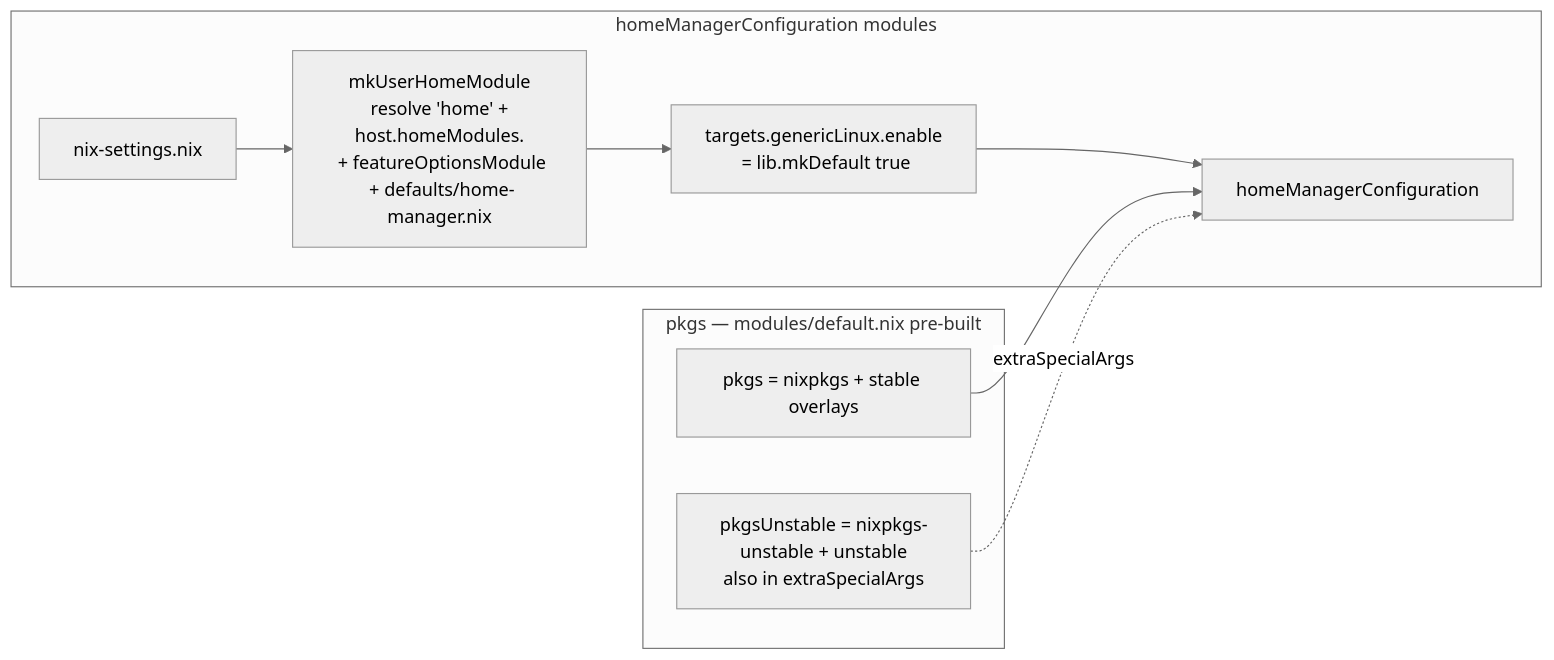
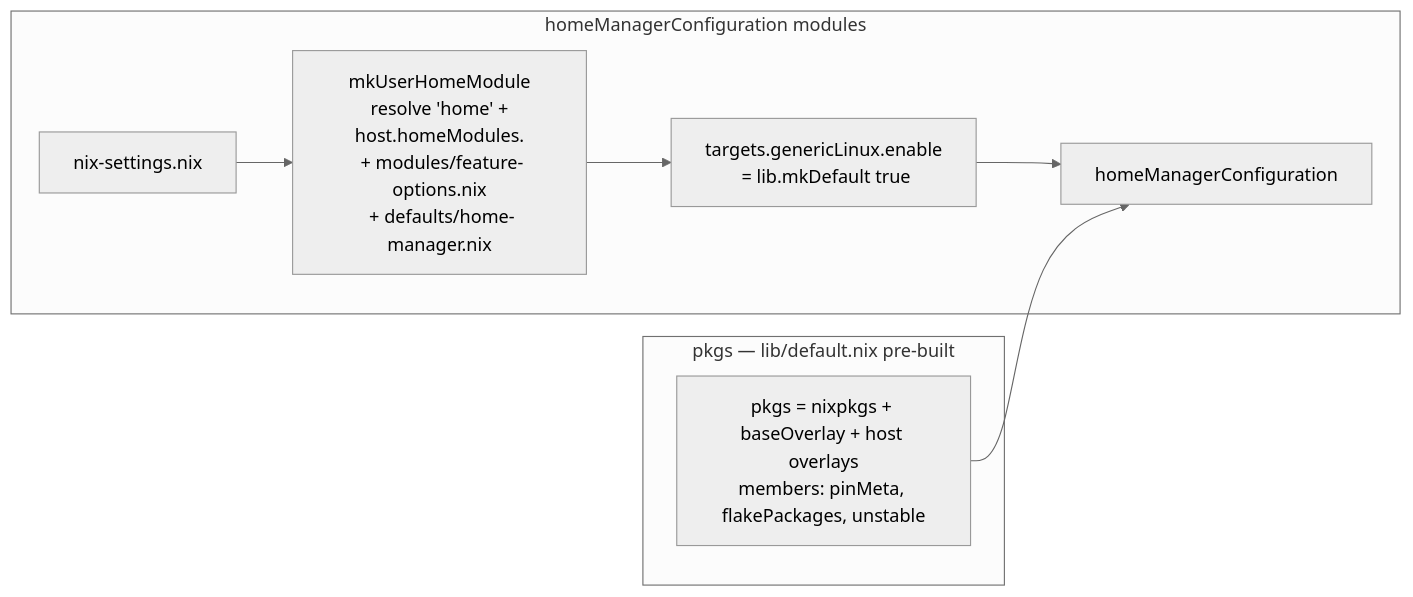
The sixth of 7 diagrams in DESIGN.md (WombatFromHell/automatic-palm-tree), drawn with Mermaid (neutral theme) before and after one commit. The commit also changed other lines of this file and 49 other files, not shown here.

````diff
--- a/DESIGN.md
+++ b/DESIGN.md
@@ -197,15 +195,13 @@
 ```mermaid
 flowchart LR
-    subgraph Pkgs ["pkgs — modules/default.nix pre-built"]
-        stable["pkgs = nixpkgs + stable overlays"]
-        unstable["pkgsUnstable = nixpkgs-unstable + unstable\nalso in extraSpecialArgs"]
+    subgraph Pkgs ["pkgs — lib/default.nix pre-built"]
+        pkgsNode["pkgs = nixpkgs + baseOverlay + host overlays\nmembers: pinMeta, flakePackages, unstable"]
     end
     subgraph Mods2 ["homeManagerConfiguration modules"]
         nixSet2["nix-settings.nix"]
-        userMod["mkUserHomeModule\n resolve 'home' + host.homeModules.<user>\n + featureOptionsModule\n + defaults/home-manager.nix"]
+        userMod["mkUserHomeModule\n resolve 'home' + host.homeModules.<user>\n + modules/feature-options.nix\n + defaults/home-manager.nix"]
         generic["targets.genericLinux.enable\n = lib.mkDefault true"]
         nixSet2 --> userMod --> generic --> merged2["homeManagerConfiguration"]
     end
-    stable --> merged2
-    unstable -. extraSpecialArgs .-> merged2
+    pkgsNode --> merged2
 ```
````
